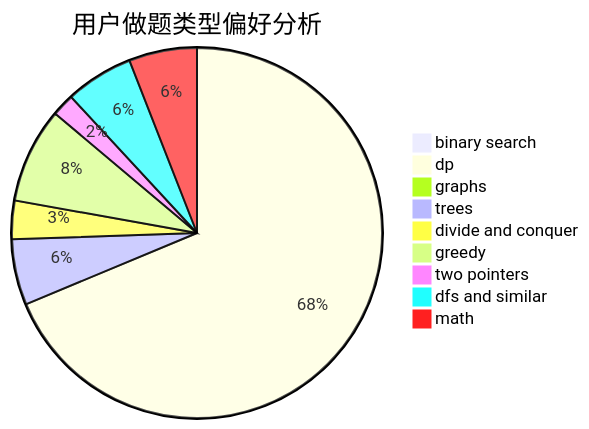
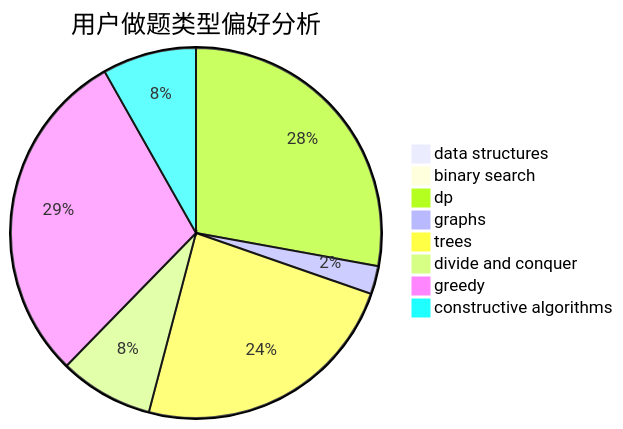
One commit to sherpahu/cfrs.github.io changed the second of 3 diagrams in docs/user/u1480.md. Above: the diagram before and after it, drawn with Mermaid. The commit also changed other lines of this file and 2775 other files, not shown here.

````diff
--- a/docs/user/u1480.md
+++ b/docs/user/u1480.md
@@ -23,12 +23,11 @@
 ```mermaid
 pie title 用户做题类型偏好分析
+    "data structures" :  0
     "binary search" :  1
-    "dp" :  347
+    "dp" :  34
     "graphs" :  3
     "trees" :  29
-    "divide and conquer" :  17
-    "greedy" :  42
-    "two pointers" :  10
-    "dfs and similar" :  30
-    "math" :  30
+    "divide and conquer" :  10
+    "greedy" :  36
+    "constructive algorithms" :  10
 ```
````
